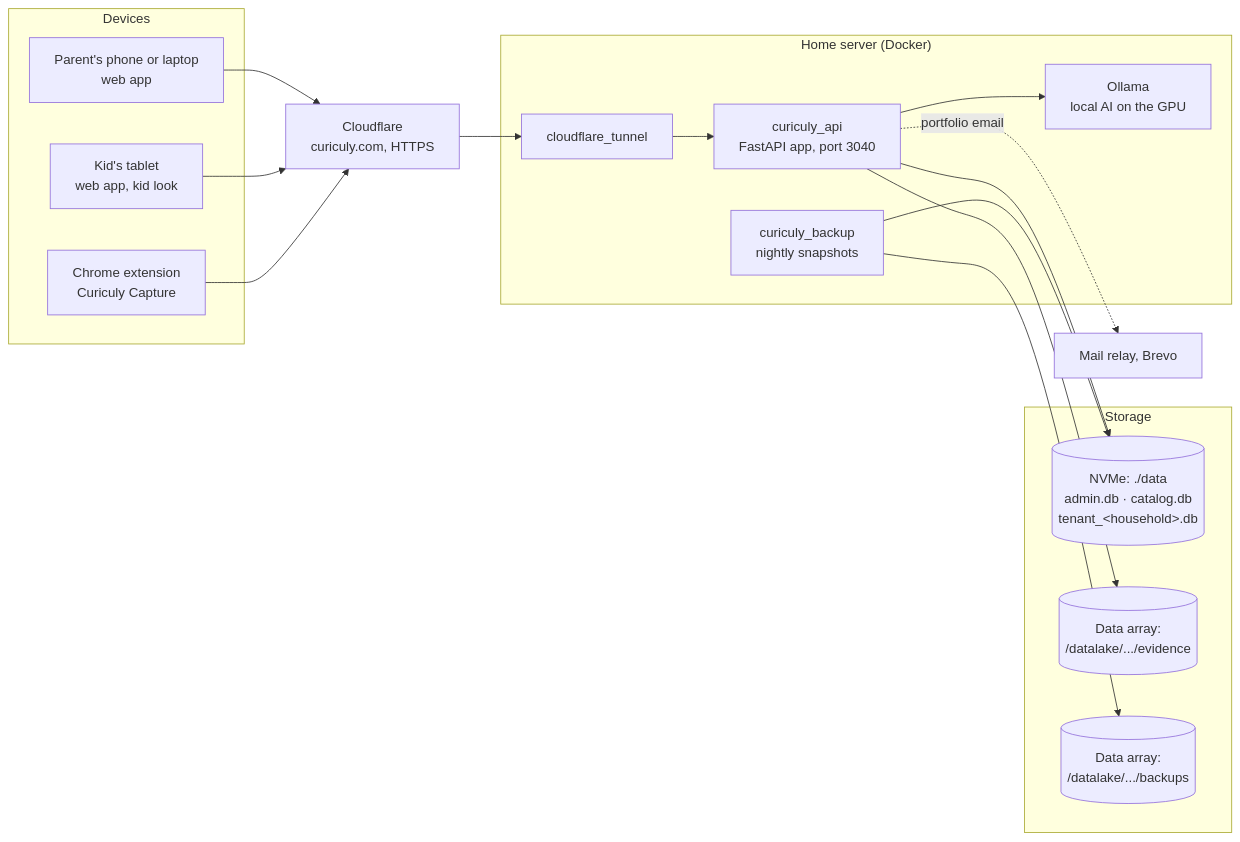
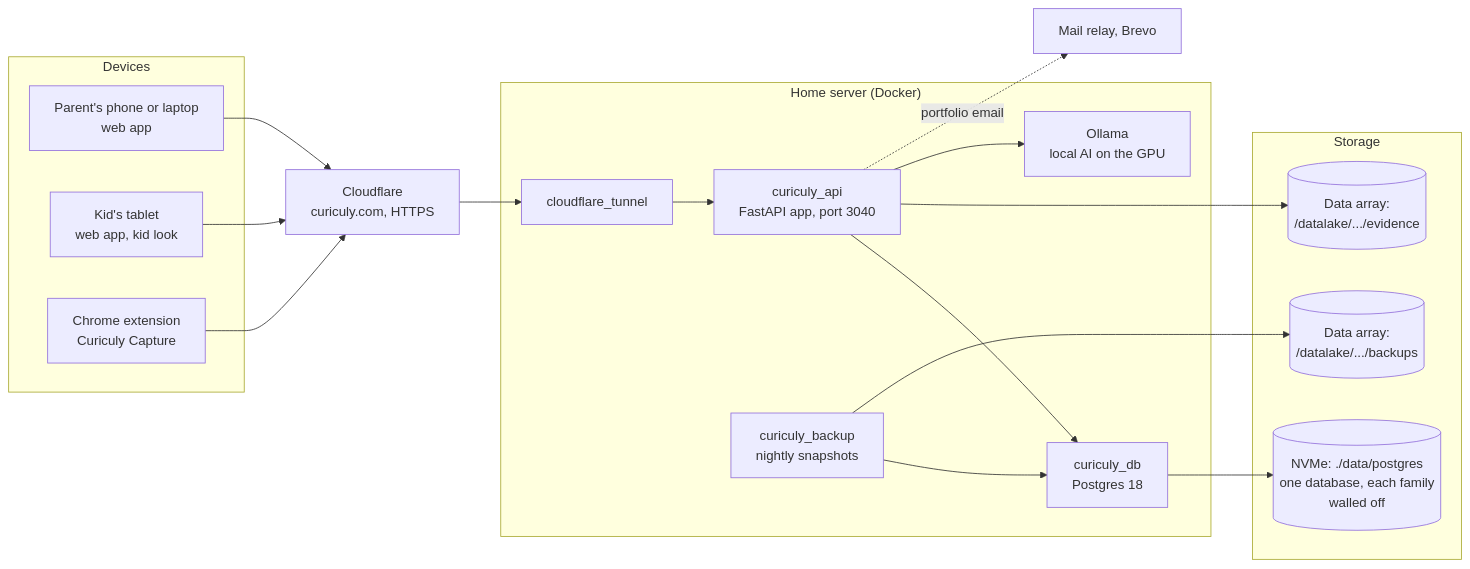
One commit to Object-Advanced/curiculy changed the diagram in docs/1-overview/how-it-works.md. Above: the diagram before and after it, drawn with Mermaid. The commit also changed other lines of this file and 97 other files, not shown here.

First line of the commit message:
Move to Postgres, with each family walled off by row-level security

````diff
--- a/docs/1-overview/how-it-works.md
+++ b/docs/1-overview/how-it-works.md
@@ -3,30 +3,32 @@
 ```mermaid
 flowchart LR
   subgraph Devices
     P[Parent's phone or laptop<br/>web app]
     K[Kid's tablet<br/>web app, kid look]
     X[Chrome extension<br/>Curiculy Capture]
   end
   CF[Cloudflare<br/>curiculy.com, HTTPS]
   subgraph "Home server (Docker)"
     T[cloudflare_tunnel]
     API[curiculy_api<br/>FastAPI app, port 3040]
     B[curiculy_backup<br/>nightly snapshots]
+    PG[curiculy_db<br/>Postgres 18]
     O[Ollama<br/>local AI on the GPU]
   end
   subgraph Storage
-    DB[(NVMe: ./data<br/>admin.db · catalog.db<br/>tenant_&lt;household&gt;.db)]
+    DB[(NVMe: ./data/postgres<br/>one database, each family<br/>walled off)]
     EV[(Data array:<br/>/datalake/.../evidence)]
     BK[(Data array:<br/>/datalake/.../backups)]
   end
   P --> CF
   K --> CF
   X --> CF
   CF --> T --> API
-  API --> DB
+  API --> PG
+  PG --> DB
   API --> EV
   API --> O
   API -. portfolio email .-> M[Mail relay, Brevo]
-  B --> DB
+  B --> PG
   B --> BK
 ```
````
